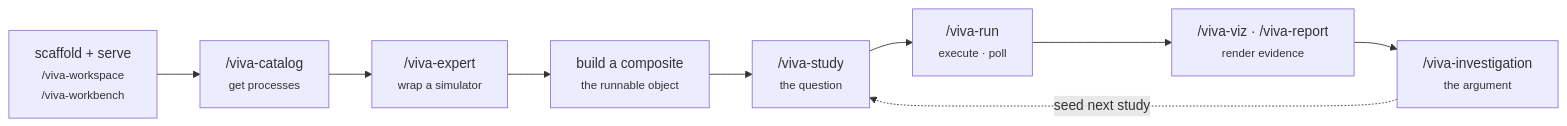
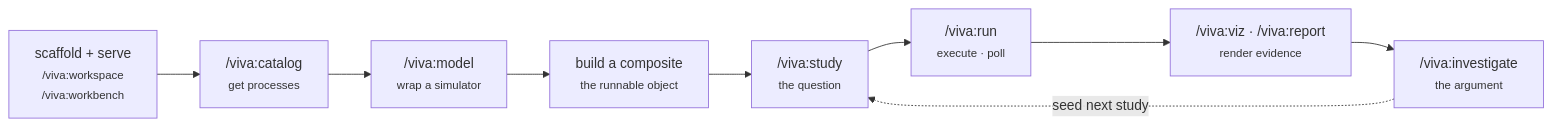
One commit to vivarium-collective/viva-docs changed the diagram in docs/investigate/working-with-agents.md. Above: the diagram before and after it, drawn with Mermaid. The commit also changed other lines of this file and 11 other files, not shown here.

````diff
--- a/docs/investigate/working-with-agents.md
+++ b/docs/investigate/working-with-agents.md
@@ -102,11 +102,11 @@
 ```mermaid
 flowchart LR
-    W["scaffold + serve<br/><small>/viva-workspace<br/>/viva-workbench</small>"] --> C["/viva-catalog<br/><small>get processes</small>"]
-    C --> E["/viva-expert<br/><small>wrap a simulator</small>"]
+    W["scaffold + serve<br/><small>/viva:workspace<br/>/viva:workbench</small>"] --> C["/viva:catalog<br/><small>get processes</small>"]
+    C --> E["/viva:model<br/><small>wrap a simulator</small>"]
     E --> B["build a composite<br/><small>the runnable object</small>"]
-    B --> S["/viva-study<br/><small>the question</small>"]
-    S --> R["/viva-run<br/><small>execute · poll</small>"]
-    R --> Z["/viva-viz · /viva-report<br/><small>render evidence</small>"]
-    Z --> N["/viva-investigation<br/><small>the argument</small>"]
+    B --> S["/viva:study<br/><small>the question</small>"]
+    S --> R["/viva:run<br/><small>execute · poll</small>"]
+    R --> Z["/viva:viz · /viva:report<br/><small>render evidence</small>"]
+    Z --> N["/viva:investigate<br/><small>the argument</small>"]
     N -.->|seed next study| S
 ```
````
